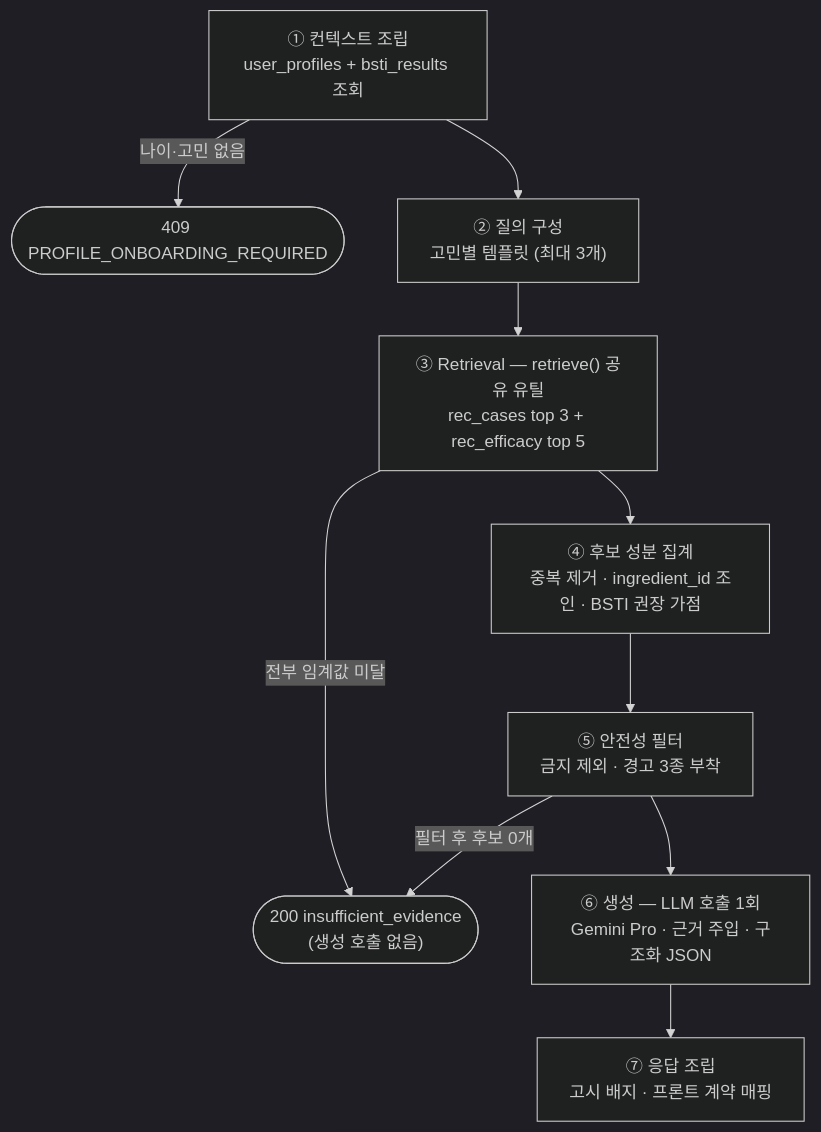
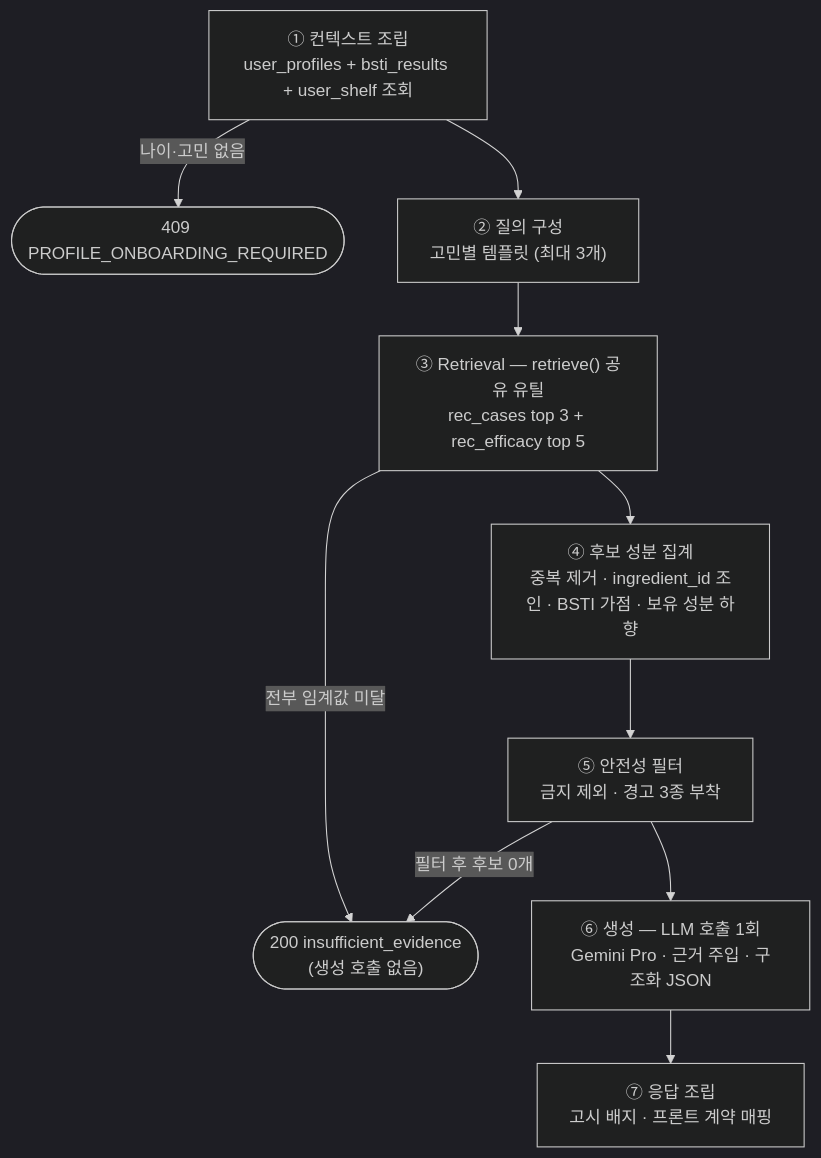
One commit to cosmos-incicrew/cosmos_server changed the diagram in docs/design/01-recommendations-pipeline.md. Above: the diagram before and after it, drawn with Mermaid (dark theme). The commit also changed other lines of this file and 1 other file, not shown here.

Commit message:
docs(design): reflect shelf-based scope change and add API JSON examples

````diff
--- a/docs/design/01-recommendations-pipeline.md
+++ b/docs/design/01-recommendations-pipeline.md
@@ -29,20 +47,20 @@
 ```mermaid
 flowchart TD
-    A["① 컨텍스트 조립<br/>user_profiles + bsti_results 조회"]
+    A["① 컨텍스트 조립<br/>user_profiles + bsti_results + user_shelf 조회"]
     B["② 질의 구성<br/>고민별 템플릿 (최대 3개)"]
     C["③ Retrieval — retrieve() 공유 유틸<br/>rec_cases top 3 + rec_efficacy top 5"]
-    D["④ 후보 성분 집계<br/>중복 제거 · ingredient_id 조인 · BSTI 권장 가점"]
+    D["④ 후보 성분 집계<br/>중복 제거 · ingredient_id 조인 · BSTI 가점 · 보유 성분 하향"]
     E["⑤ 안전성 필터<br/>금지 제외 · 경고 3종 부착"]
     F["⑥ 생성 — LLM 호출 1회<br/>Gemini Pro · 근거 주입 · 구조화 JSON"]
     G["⑦ 응답 조립<br/>고시 배지 · 프론트 계약 매핑"]
 
     ONB(["409 PROFILE_ONBOARDING_REQUIRED"])
     INS(["200 insufficient_evidence<br/>(생성 호출 없음)"])
 
     A -- "나이·고민 없음" --> ONB
     A --> B --> C
     C -- "전부 임계값 미달" --> INS
     C --> D --> E
     E -- "필터 후 후보 0개" --> INS
     E --> F --> G
 ```
````
